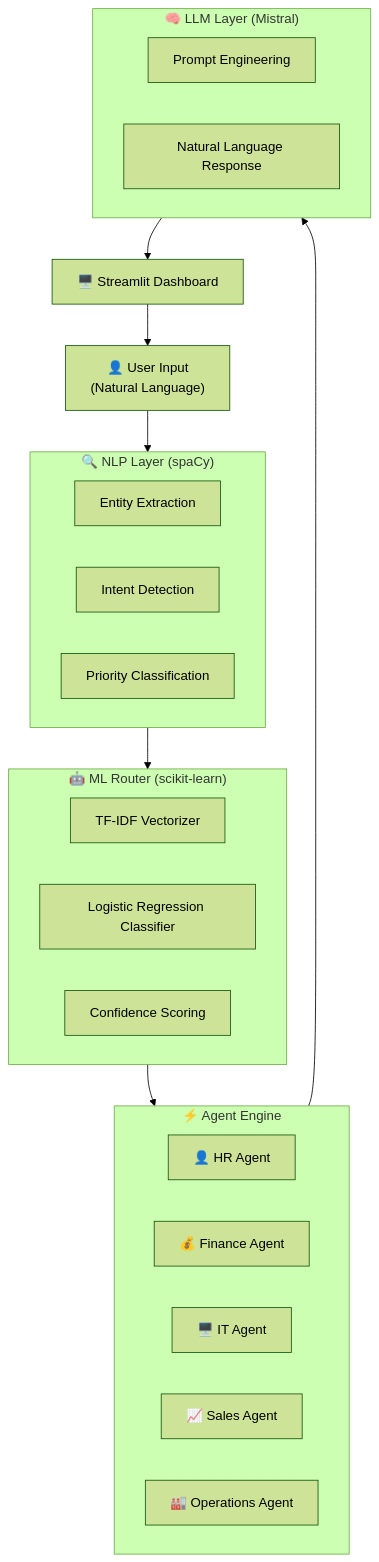
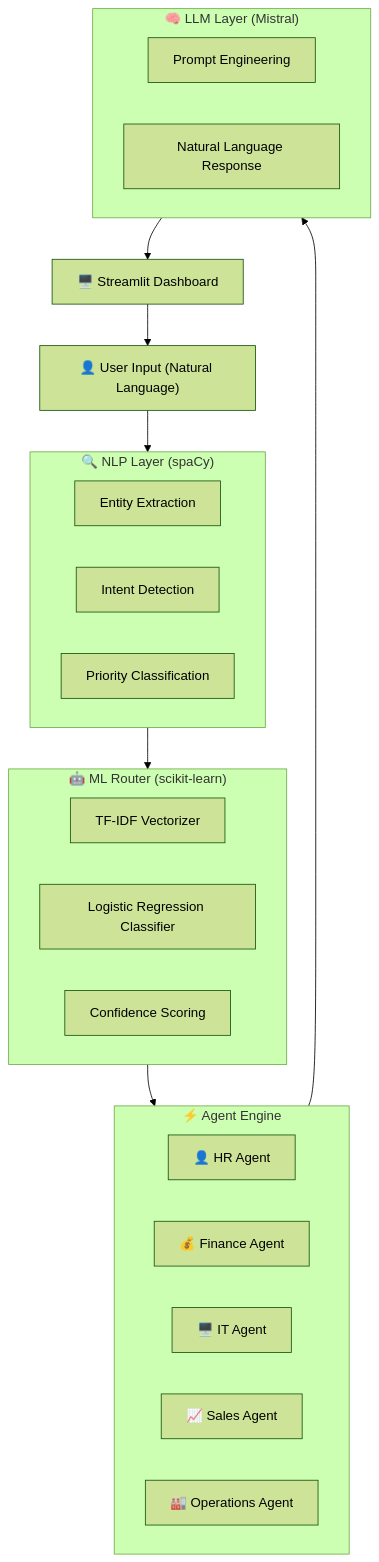
The first of 6 diagrams in README.md (SGarryy/AgentCore), drawn with Mermaid (forest theme) before and after one commit. The commit also changed other lines of this file, not shown here.

Commit message:
Comprehensive README with architecture diagrams, DFD, flowcharts

````diff
--- a/README.md
+++ b/README.md
@@ -41,38 +40,38 @@
 ```mermaid
 graph TB
-    User["👤 User Input<br/>(Natural Language)"]
-    
+    User["👤 User Input (Natural Language)"]
+
     subgraph NLP ["🔍 NLP Layer (spaCy)"]
         E1[Entity Extraction]
         E2[Intent Detection]
         E3[Priority Classification]
     end
-    
+
     subgraph ML ["🤖 ML Router (scikit-learn)"]
         M1[TF-IDF Vectorizer]
         M2[Logistic Regression Classifier]
         M3[Confidence Scoring]
     end
-    
+
     subgraph Agents ["⚡ Agent Engine"]
         A1[👤 HR Agent]
         A2[💰 Finance Agent]
         A3[🖥️ IT Agent]
         A4[📈 Sales Agent]
         A5[🏭 Operations Agent]
     end
-    
+
     subgraph LLM ["🧠 LLM Layer (Mistral)"]
         L1[Prompt Engineering]
         L2[Natural Language Response]
     end
-    
+
     UI["🖥️ Streamlit Dashboard"]
-    
+
     User --> NLP
     NLP --> ML
     ML --> Agents
     Agents --> LLM
     LLM --> UI
     UI --> User
 ```
````
